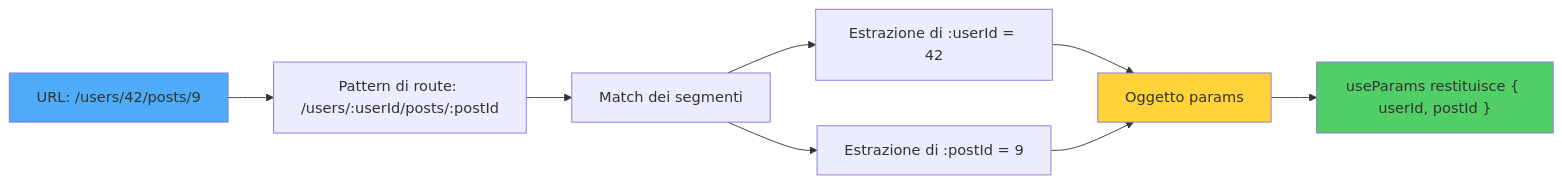
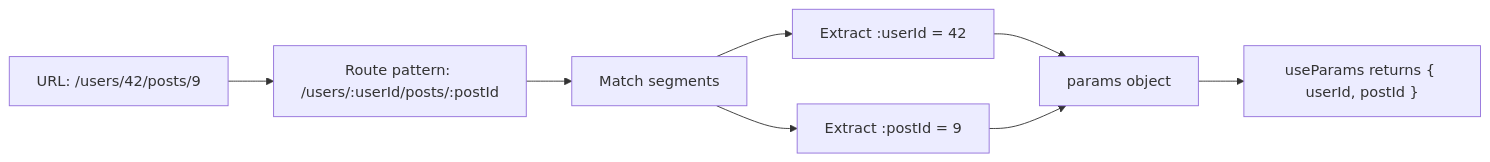
One commit to BabaScience/react-guides changed the second of 6 diagrams in arguments/chapters/it/05-routing.md. Above: the diagram before and after it, drawn with Mermaid. The commit also changed other lines of this file and 29 other files, not shown here.

First line of the commit message:
Bring React FR/IT translations to full English parity + theme-safe diagrams

````diff
--- a/arguments/chapters/it/05-routing.md
+++ b/arguments/chapters/it/05-routing.md
@@ -96,14 +461,11 @@
 ```mermaid
 flowchart LR
-    A["URL: /users/42/posts/9"] --> B["Pattern di route: /users/:userId/posts/:postId"]
-    B --> C["Match dei segmenti"]
-    C --> D["Estrazione di :userId = 42"]
-    C --> E["Estrazione di :postId = 9"]
-    D --> F["Oggetto params"]
+    A["URL: /users/42/posts/9"] --> B["Route pattern: /users/:userId/posts/:postId"]
+    B --> C["Match segments"]
+    C --> D["Extract :userId = 42"]
+    C --> E["Extract :postId = 9"]
+    D --> F["params object"]
     E --> F
-    F --> G["useParams restituisce { userId, postId }"]
+    F --> G["useParams returns { userId, postId }"]
 
-    style A fill:#4dabf7
-    style F fill:#ffd43b
-    style G fill:#51cf66
 ```
````
